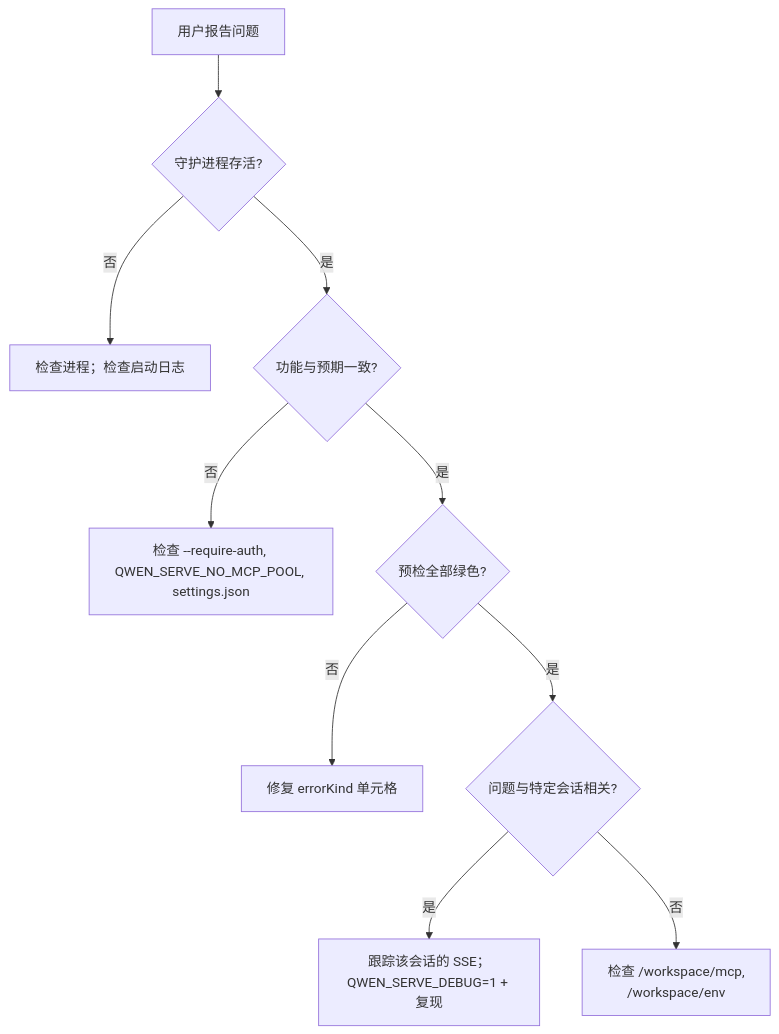
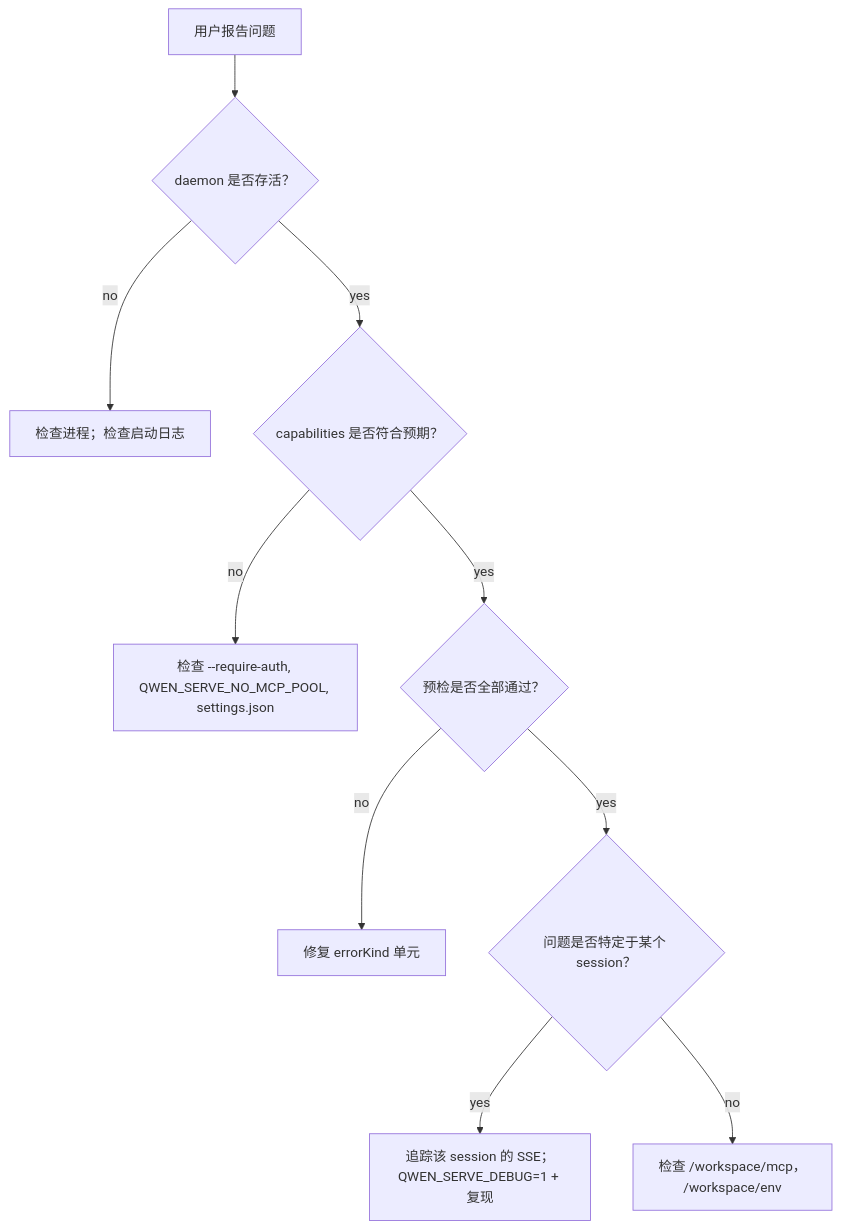
Before and after one commit to QwenLM/qwen-code-docs: the diagram in website/content/zh/developers/daemon/19-observability.md, drawn with Mermaid. The commit also changed other lines of this file and 128 other files, not shown here.

````diff
--- a/website/content/zh/developers/daemon/19-observability.md
+++ b/website/content/zh/developers/daemon/19-observability.md
@@ -98,12 +127,12 @@
 ```mermaid
 flowchart TD
-    A[用户报告问题] --> B{守护进程存活?}
-    B -->|否| BD[检查进程；检查启动日志]
-    B -->|是| C{功能与预期一致?}
-    C -->|否| CD["检查 --require-auth, QWEN_SERVE_NO_MCP_POOL, settings.json"]
-    C -->|是| D{预检全部绿色?}
-    D -->|否| DD["修复 errorKind 单元格"]
-    D -->|是| E{问题与特定会话相关?}
-    E -->|是| ES["跟踪该会话的 SSE；<br/>QWEN_SERVE_DEBUG=1 + 复现"]
-    E -->|否| EW["检查 /workspace/mcp,<br/>/workspace/env"]
+    A[用户报告问题] --> B{daemon 是否存活？}
+    B -->|no| BD[检查进程；检查启动日志]
+    B -->|yes| C{capabilities 是否符合预期？}
+    C -->|no| CD["检查 --require-auth, QWEN_SERVE_NO_MCP_POOL, settings.json"]
+    C -->|yes| D{预检是否全部通过？}
+    D -->|no| DD["修复 errorKind 单元"]
+    D -->|yes| E{问题是否特定于某个 session？}
+    E -->|yes| ES["追踪该 session 的 SSE；<br/>QWEN_SERVE_DEBUG=1 + 复现"]
+    E -->|no| EW["检查 /workspace/mcp，<br/>/workspace/env"]
 ```
````
